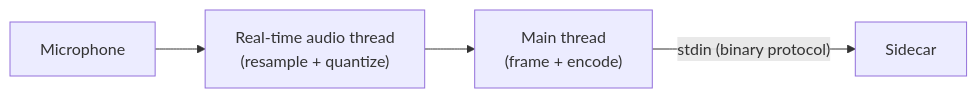
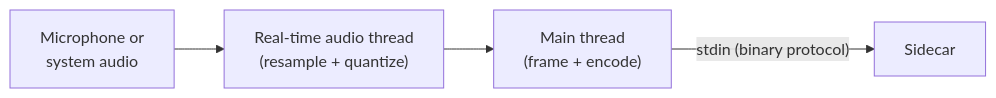
One commit to brittain9/local-dictation-obsidian-plugin changed the second of 6 diagrams in docs/system-architecture.md. Above: the diagram before and after it, drawn with Mermaid. The commit also changed other lines of this file and 23 other files, not shown here.

````diff
--- a/docs/system-architecture.md
+++ b/docs/system-architecture.md
@@ -83,6 +49,6 @@
 ```mermaid
 flowchart LR
-    MIC["Microphone"] --> RT["Real-time audio thread<br/>(resample + quantize)"]
+    SRC["Microphone or<br/>system audio"] --> RT["Real-time audio thread<br/>(resample + quantize)"]
     RT --> MAIN["Main thread<br/>(frame + encode)"]
     MAIN -->|"stdin (binary protocol)"| SIDECAR["Sidecar"]
 ```
````
